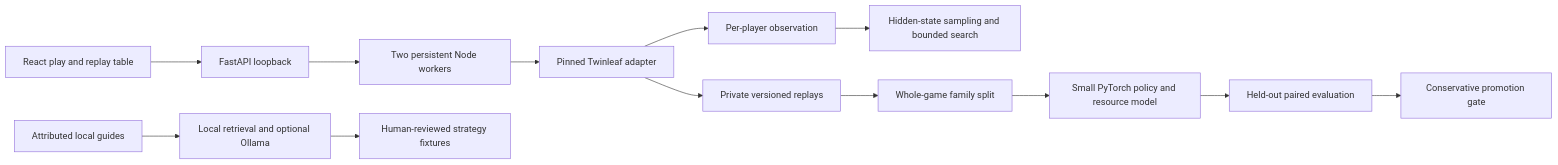
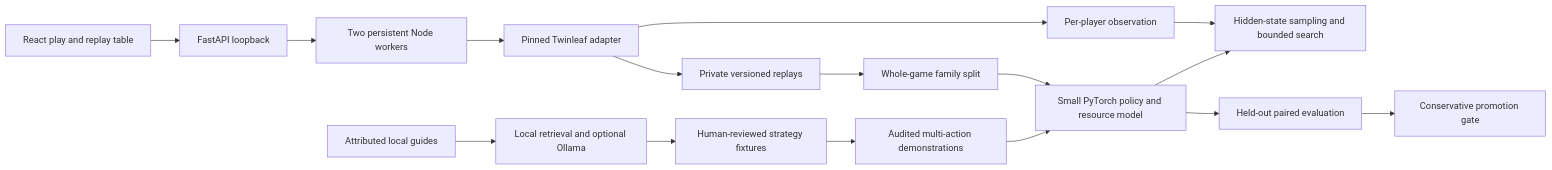
The diagram in docs/ARCHITECTURE.md (capisz/pokemon-tcg-stockfish), drawn with Mermaid before and after one commit. The commit also changed other lines of this file and 69 other files, not shown here.

````diff
--- a/docs/ARCHITECTURE.md
+++ b/docs/ARCHITECTURE.md
@@ -3,15 +3,18 @@
 ```mermaid
 flowchart LR
   UI[React play and replay table] --> API[FastAPI loopback]
   API --> Pool[Two persistent Node workers]
   Pool --> Rules[Pinned Twinleaf adapter]
   Rules --> Obs[Per-player observation]
   Obs --> Search[Hidden-state sampling and bounded search]
   Rules --> Replays[Private versioned replays]
   Replays --> Split[Whole-game family split]
   Split --> Train[Small PyTorch policy and resource model]
   Train --> Eval[Held-out paired evaluation]
   Eval --> Champion[Conservative promotion gate]
   Guides[Attributed local guides] --> Retrieval[Local retrieval and optional Ollama]
   Retrieval --> Review[Human-reviewed strategy fixtures]
+  Review --> Demonstrations[Audited multi-action demonstrations]
+  Demonstrations --> Train
+  Train --> Search
 ```
````
